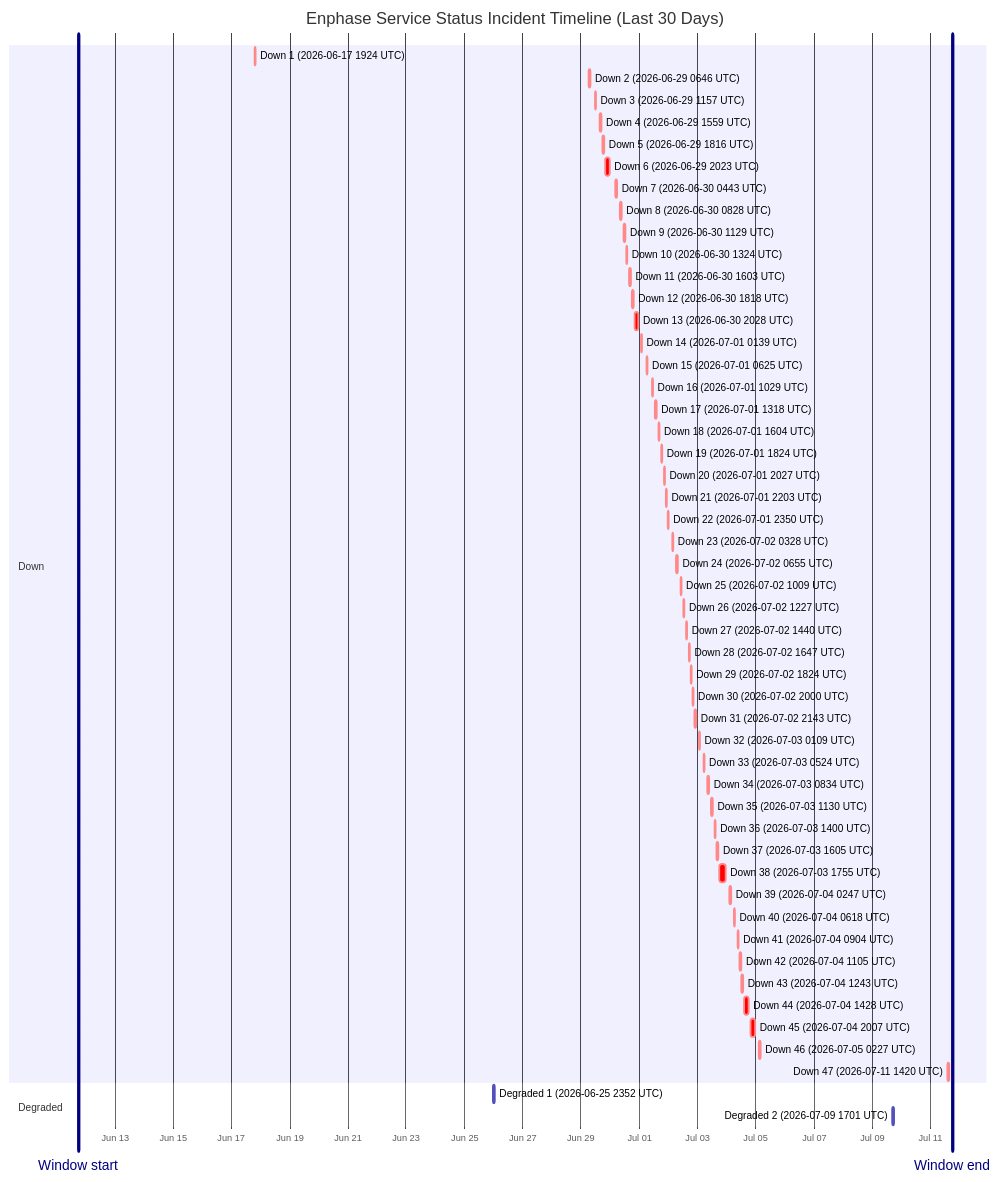
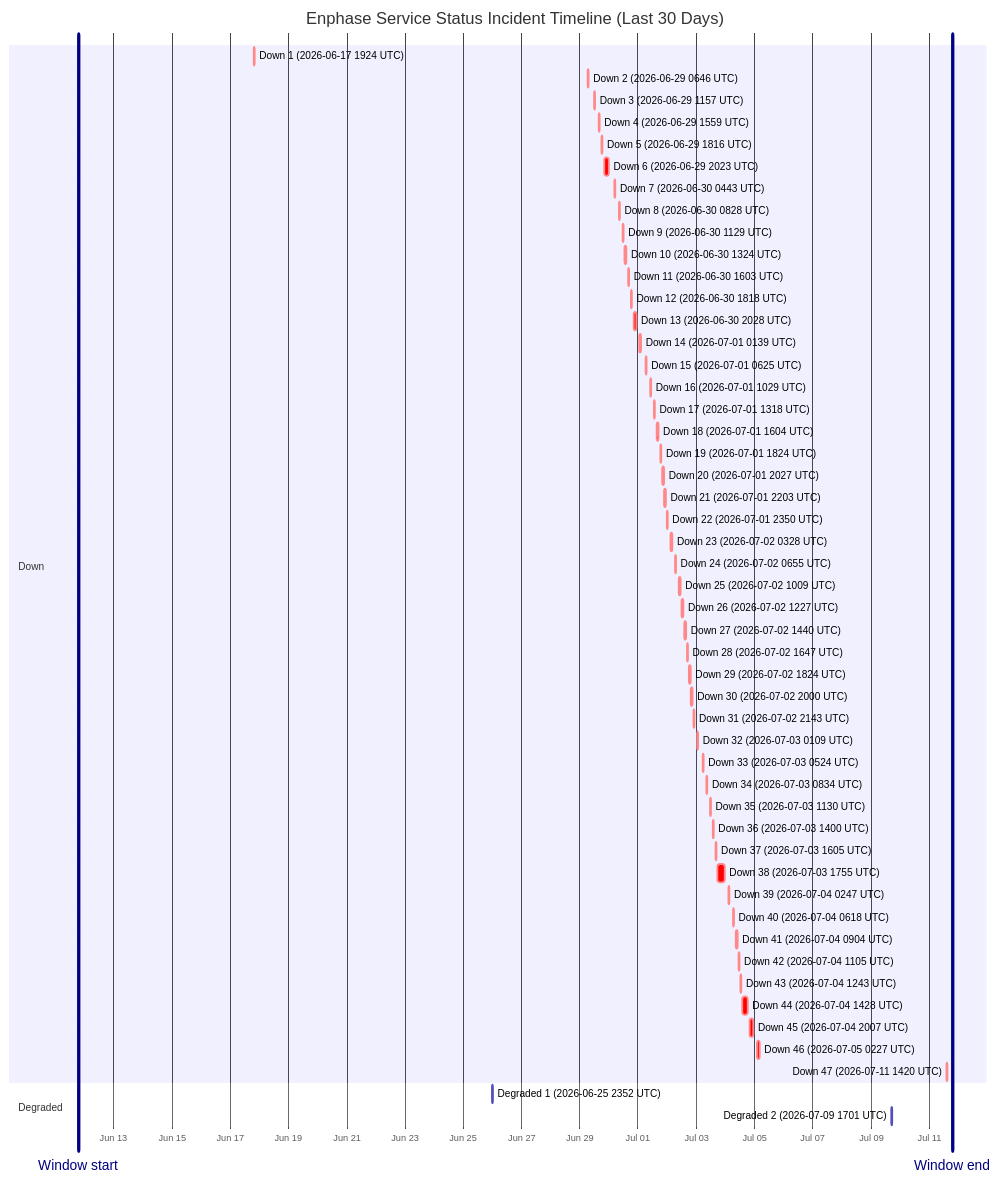
One commit to barneyonline/ha-enphase-energy changed the diagram in wiki/Service-Status-History.md. Above: the diagram before and after it, drawn with Mermaid. The commit also changed other lines of this file and 3 other files, not shown here.

````diff
--- a/wiki/Service-Status-History.md
+++ b/wiki/Service-Status-History.md
@@ -14,59 +14,59 @@
 ```mermaid
 gantt
     title Enphase Service Status Incident Timeline (Last 30 Days)
     dateFormat  YYYY-MM-DDTHH:mm:ss
     axisFormat  %b %d
-    Window start :vert, window-start, 2026-06-11T17:54:55, 0ms
-    Window end :vert, window-end, 2026-07-11T17:54:55, 0ms
+    Window start :vert, window-start, 2026-06-11T19:00:56, 0ms
+    Window end :vert, window-end, 2026-07-11T19:00:56, 0ms
     section Down
     Down 1 (2026-06-17 1924 UTC) :crit, down-1, 2026-06-17T19:24:51, 60m
     Down 2 (2026-06-29 0646 UTC) :crit, down-2, 2026-06-29T06:46:18, 60m
     Down 3 (2026-06-29 1157 UTC) :crit, down-3, 2026-06-29T11:57:36, 60m
     Down 4 (2026-06-29 1559 UTC) :crit, down-4, 2026-06-29T15:59:02, 60m
     Down 5 (2026-06-29 1816 UTC) :crit, down-5, 2026-06-29T18:16:38, 60m
     Down 6 (2026-06-29 2023 UTC) :crit, down-6, 2026-06-29T20:23:16, 220m
     Down 7 (2026-06-30 0443 UTC) :crit, down-7, 2026-06-30T04:43:54, 60m
     Down 8 (2026-06-30 0828 UTC) :crit, down-8, 2026-06-30T08:28:43, 60m
     Down 9 (2026-06-30 1129 UTC) :crit, down-9, 2026-06-30T11:29:15, 60m
     Down 10 (2026-06-30 1324 UTC) :crit, down-10, 2026-06-30T13:24:25, 60m
     Down 11 (2026-06-30 1603 UTC) :crit, down-11, 2026-06-30T16:03:26, 60m
     Down 12 (2026-06-30 1818 UTC) :crit, down-12, 2026-06-30T18:18:39, 60m
     Down 13 (2026-06-30 2028 UTC) :crit, down-13, 2026-06-30T20:28:54, 171m
     Down 14 (2026-07-01 0139 UTC) :crit, down-14, 2026-07-01T01:39:18, 60m
     Down 15 (2026-07-01 0625 UTC) :crit, down-15, 2026-07-01T06:25:35, 60m
     Down 16 (2026-07-01 1029 UTC) :crit, down-16, 2026-07-01T10:29:24, 60m
     Down 17 (2026-07-01 1318 UTC) :crit, down-17, 2026-07-01T13:18:31, 60m
     Down 18 (2026-07-01 1604 UTC) :crit, down-18, 2026-07-01T16:04:29, 60m
     Down 19 (2026-07-01 1824 UTC) :crit, down-19, 2026-07-01T18:24:21, 60m
     Down 20 (2026-07-01 2027 UTC) :crit, down-20, 2026-07-01T20:27:17, 60m
     Down 21 (2026-07-01 2203 UTC) :crit, down-21, 2026-07-01T22:03:46, 60m
     Down 22 (2026-07-01 2350 UTC) :crit, down-22, 2026-07-01T23:50:52, 60m
     Down 23 (2026-07-02 0328 UTC) :crit, down-23, 2026-07-02T03:28:33, 60m
     Down 24 (2026-07-02 0655 UTC) :crit, down-24, 2026-07-02T06:55:07, 60m
     Down 25 (2026-07-02 1009 UTC) :crit, down-25, 2026-07-02T10:09:15, 60m
     Down 26 (2026-07-02 1227 UTC) :crit, down-26, 2026-07-02T12:27:49, 60m
     Down 27 (2026-07-02 1440 UTC) :crit, down-27, 2026-07-02T14:40:53, 60m
     Down 28 (2026-07-02 1647 UTC) :crit, down-28, 2026-07-02T16:47:47, 60m
     Down 29 (2026-07-02 1824 UTC) :crit, down-29, 2026-07-02T18:24:26, 60m
     Down 30 (2026-07-02 2000 UTC) :crit, down-30, 2026-07-02T20:00:57, 60m
     Down 31 (2026-07-02 2143 UTC) :crit, down-31, 2026-07-02T21:43:52, 80m
     Down 32 (2026-07-03 0109 UTC) :crit, down-32, 2026-07-03T01:09:19, 60m
     Down 33 (2026-07-03 0524 UTC) :crit, down-33, 2026-07-03T05:24:23, 60m
     Down 34 (2026-07-03 0834 UTC) :crit, down-34, 2026-07-03T08:34:05, 60m
     Down 35 (2026-07-03 1130 UTC) :crit, down-35, 2026-07-03T11:30:41, 60m
     Down 36 (2026-07-03 1400 UTC) :crit, down-36, 2026-07-03T14:00:48, 60m
     Down 37 (2026-07-03 1605 UTC) :crit, down-37, 2026-07-03T16:05:49, 60m
     Down 38 (2026-07-03 1755 UTC) :crit, down-38, 2026-07-03T17:55:54, 338m
     Down 39 (2026-07-04 0247 UTC) :crit, down-39, 2026-07-04T02:47:22, 60m
     Down 40 (2026-07-04 0618 UTC) :crit, down-40, 2026-07-04T06:18:09, 60m
     Down 41 (2026-07-04 0904 UTC) :crit, down-41, 2026-07-04T09:04:41, 60m
     Down 42 (2026-07-04 1105 UTC) :crit, down-42, 2026-07-04T11:05:21, 60m
     Down 43 (2026-07-04 1243 UTC) :crit, down-43, 2026-07-04T12:43:25, 60m
     Down 44 (2026-07-04 1428 UTC) :crit, down-44, 2026-07-04T14:28:07, 243m
     Down 45 (2026-07-04 2007 UTC) :crit, down-45, 2026-07-04T20:07:50, 206m
     Down 46 (2026-07-05 0227 UTC) :crit, down-46, 2026-07-05T02:27:32, 109m
     Down 47 (2026-07-11 1420 UTC) :crit, down-47, 2026-07-11T14:20:54, 69m
     section Degraded
     Degraded 1 (2026-06-25 2352 UTC) :active, degraded-1, 2026-06-25T23:52:01, 60m
     Degraded 2 (2026-07-09 1701 UTC) :active, degraded-2, 2026-07-09T17:01:02, 60m
 ```
````
